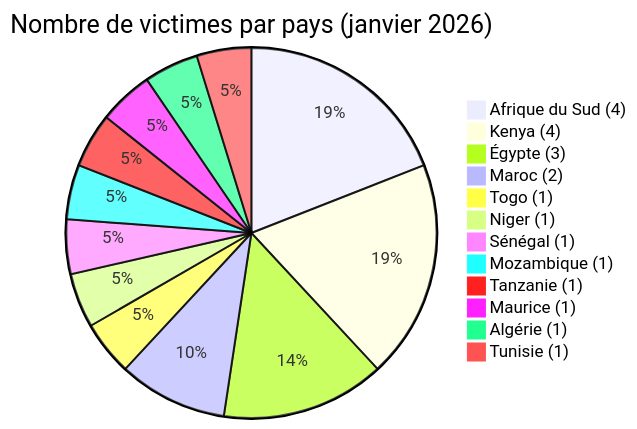
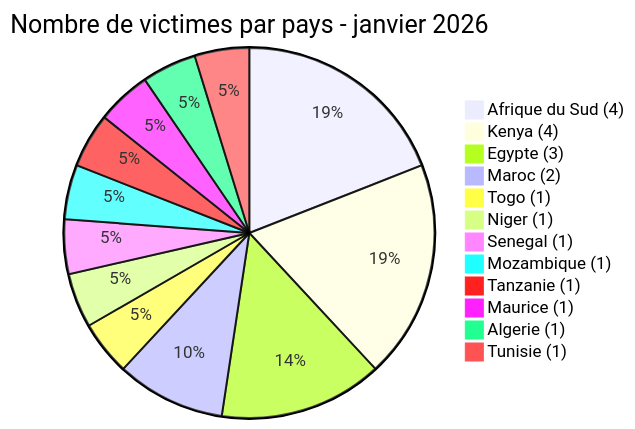
Before and after one commit to Hatchepsoute/AFRINTEL: the first of 4 diagrams in CyberAttackAfrica/2026/01-january/README_FR.md, drawn with Mermaid. The commit also changed other lines of this file and 31 other files, not shown here.

````diff
--- a/CyberAttackAfrica/2026/01-january/README_FR.md
+++ b/CyberAttackAfrica/2026/01-january/README_FR.md
@@ -63,16 +63,16 @@
 ```mermaid
 pie
- title Nombre de victimes par pays (janvier 2026)
+ title Nombre de victimes par pays - janvier 2026
  "Afrique du Sud (4)" : 4
  "Kenya (4)" : 4
- "Égypte (3)" : 3
+ "Egypte (3)" : 3
  "Maroc (2)" : 2
  "Togo (1)" : 1
  "Niger (1)" : 1
- "Sénégal (1)" : 1
+ "Senegal (1)" : 1
  "Mozambique (1)" : 1
  "Tanzanie (1)" : 1
  "Maurice (1)" : 1
- "Algérie (1)" : 1
+ "Algerie (1)" : 1
  "Tunisie (1)" : 1
 ```
````
